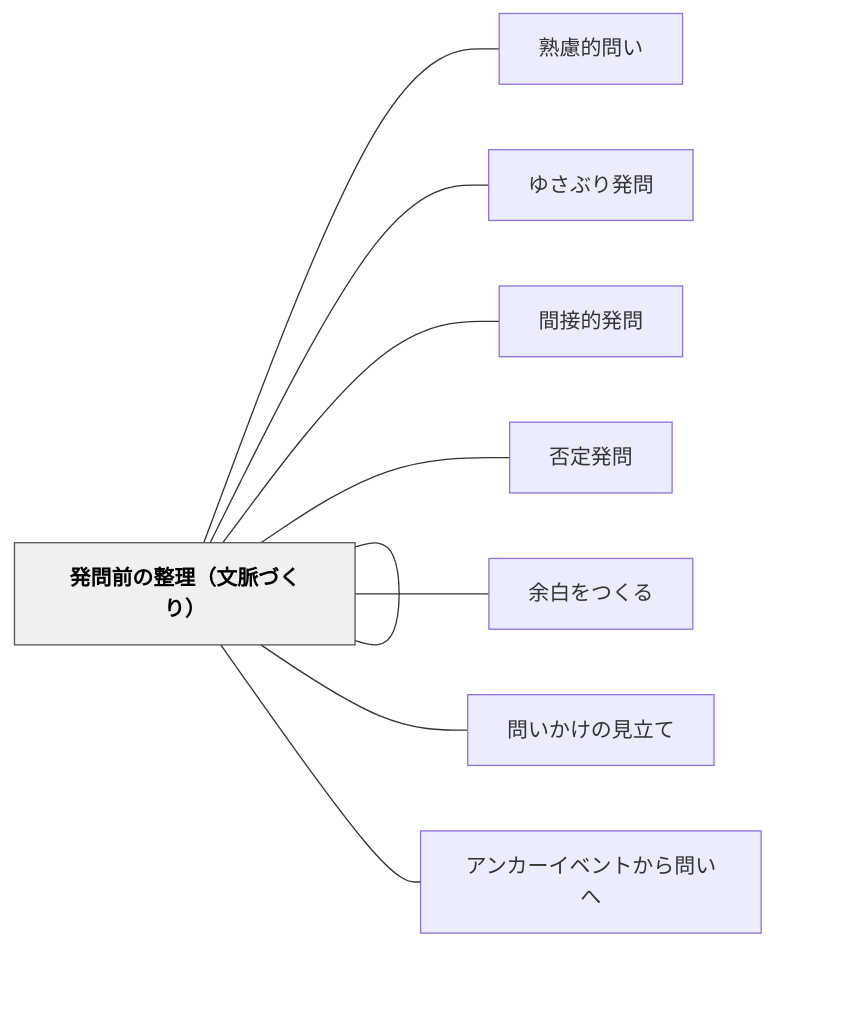
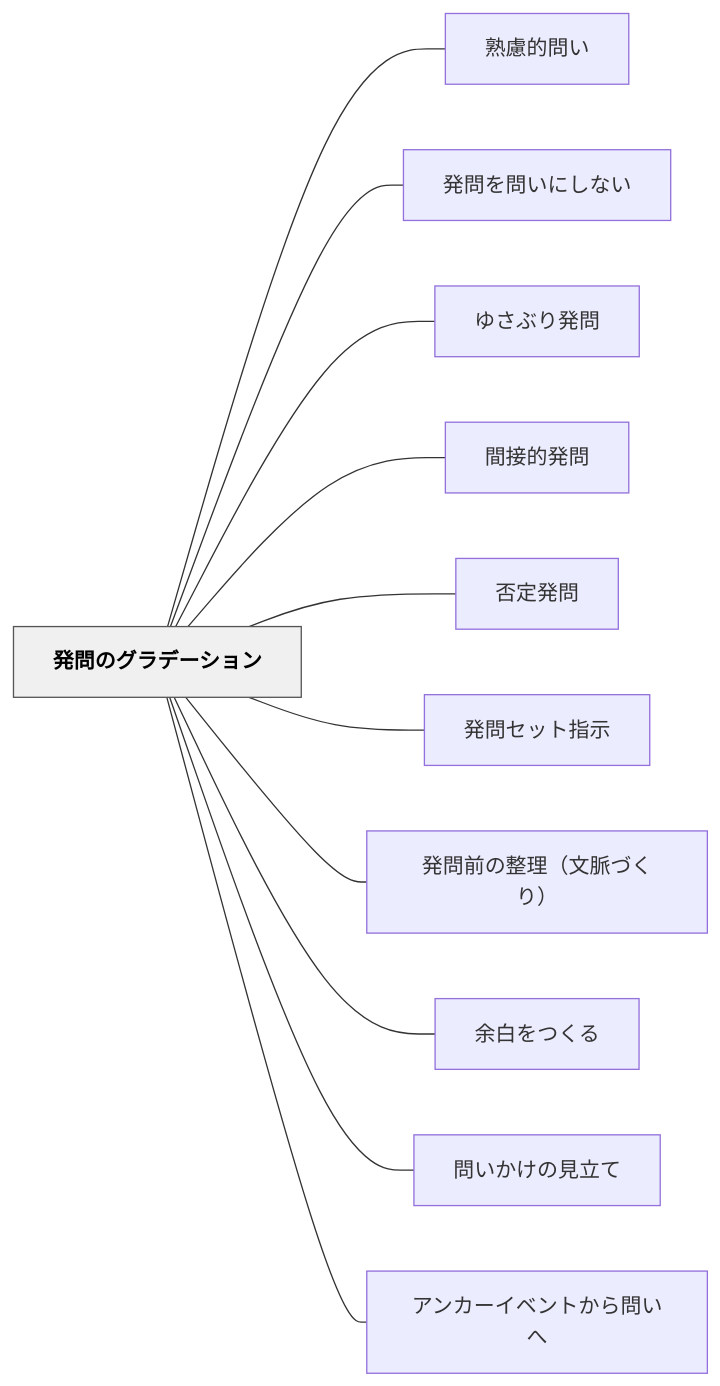
The diagram in content/パタン/発問のグラデーション.md (unknownthings-ed-patterns/unknownthings-ed-patterns), drawn with Mermaid before and after one commit. The commit also changed 527 other files, not shown here.

````diff
--- a/content/パタン/発問のグラデーション.md
+++ b/content/パタン/発問のグラデーション.md
@@ -85,28 +85,28 @@
 ```mermaid
 flowchart LR
-    ne799bae5958f["発問のグラデーション"]
-    ne7869fe685ae["熟慮的問い"]
-    ne799bae5958f["発問を問いにしない"]
-    ne38286e38195["ゆさぶり発問"]
-    ne99693e68ea5["間接的発問"]
-    ne590a6e5ae9a["否定発問"]
-    ne799bae5958f["発問セット指示"]
-    ne799bae5958f["発問前の整理（文脈づくり）"]
-    ne4bd99e799bd["余白をつくる"]
-    ne5958fe38184["問いかけの見立て"]
-    ne382a2e383b3["アンカーイベントから問いへ"]
+    ne799bae5958fe381aee382b0e383a9e38387e383bce382b7e383a7e383b3["発問のグラデーション"]
+    ne7869fe685aee79a84e5958fe38184["熟慮的問い"]
+    ne799bae5958fe38292e5958fe38184e381abe38197e381aae38184["発問を問いにしない"]
+    ne38286e38195e381b6e3828ae799bae5958f["ゆさぶり発問"]
+    ne99693e68ea5e79a84e799bae5958f["間接的発問"]
+    ne590a6e5ae9ae799bae5958f["否定発問"]
+    ne799bae5958fe382bbe38383e38388e68c87e7a4ba["発問セット指示"]
+    ne799bae5958fe5898de381aee695b4e79086efbc88e69687e88488e381a5e3818fe3828aefbc89["発問前の整理（文脈づくり）"]
+    ne4bd99e799bde38292e381a4e3818fe3828b["余白をつくる"]
+    ne5958fe38184e3818be38191e381aee8a68be7ab8be381a6["問いかけの見立て"]
+    ne382a2e383b3e382abe383bce382a4e38399e383b3e38388e3818be38289e5958fe38184e381b8["アンカーイベントから問いへ"]
 
-    ne799bae5958f --- ne7869fe685ae
-    ne799bae5958f --- ne799bae5958f
-    ne799bae5958f --- ne38286e38195
-    ne799bae5958f --- ne99693e68ea5
-    ne799bae5958f --- ne590a6e5ae9a
-    ne799bae5958f --- ne799bae5958f
-    ne799bae5958f --- ne799bae5958f
-    ne799bae5958f --- ne4bd99e799bd
-    ne799bae5958f --- ne5958fe38184
-    ne799bae5958f --- ne382a2e383b3
+    ne799bae5958fe381aee382b0e383a9e38387e383bce382b7e383a7e383b3 --- ne7869fe685aee79a84e5958fe38184
+    ne799bae5958fe381aee382b0e383a9e38387e383bce382b7e383a7e383b3 --- ne799bae5958fe38292e5958fe38184e381abe38197e381aae38184
+    ne799bae5958fe381aee382b0e383a9e38387e383bce382b7e383a7e383b3 --- ne38286e38195e381b6e3828ae799bae5958f
+    ne799bae5958fe381aee382b0e383a9e38387e383bce382b7e383a7e383b3 --- ne99693e68ea5e79a84e799bae5958f
+    ne799bae5958fe381aee382b0e383a9e38387e383bce382b7e383a7e383b3 --- ne590a6e5ae9ae799bae5958f
+    ne799bae5958fe381aee382b0e383a9e38387e383bce382b7e383a7e383b3 --- ne799bae5958fe382bbe38383e38388e68c87e7a4ba
+    ne799bae5958fe381aee382b0e383a9e38387e383bce382b7e383a7e383b3 --- ne799bae5958fe5898de381aee695b4e79086efbc88e69687e88488e381a5e3818fe3828aefbc89
+    ne799bae5958fe381aee382b0e383a9e38387e383bce382b7e383a7e383b3 --- ne4bd99e799bde38292e381a4e3818fe3828b
+    ne799bae5958fe381aee382b0e383a9e38387e383bce382b7e383a7e383b3 --- ne5958fe38184e3818be38191e381aee8a68be7ab8be381a6
+    ne799bae5958fe381aee382b0e383a9e38387e383bce382b7e383a7e383b3 --- ne382a2e383b3e382abe383bce382a4e38399e383b3e38388e3818be38289e5958fe38184e381b8
 
     classDef hub fill:#f0f0f0,stroke:#555,color:#000,font-weight:bold
-    class ne799bae5958f hub
+    class ne799bae5958fe381aee382b0e383a9e38387e383bce382b7e383a7e383b3 hub
 ```
````
